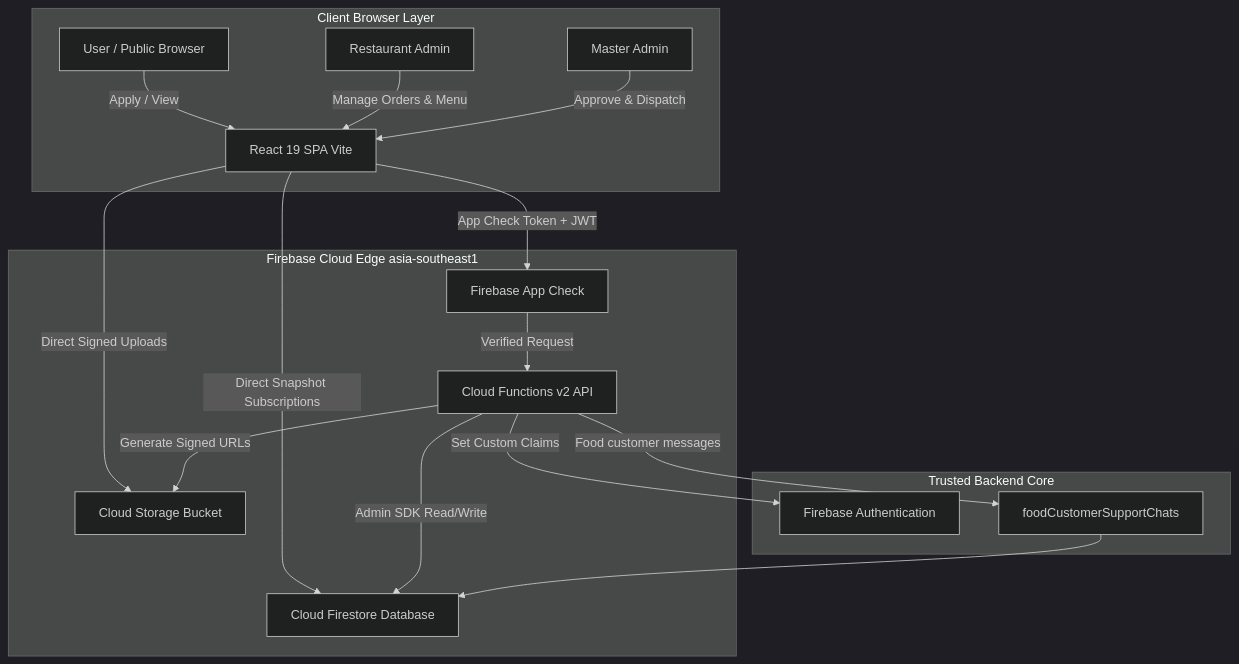
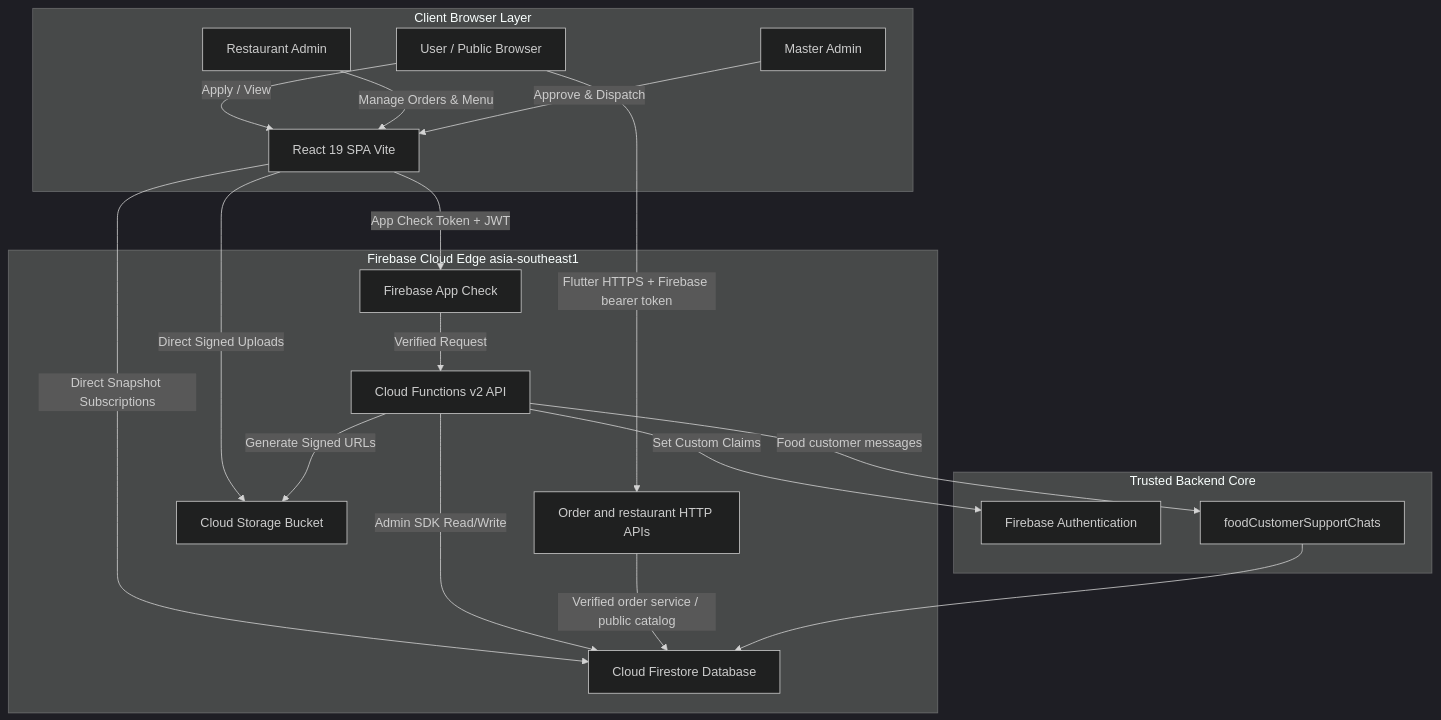
Before and after one commit to Thaiseva-Org/thaiseva-food-portal: the diagram in docs/ARCHITECTURE.md, drawn with Mermaid (dark theme). The commit also changed other lines of this file and 9 other files, not shown here.

Commit message:
feat: add Flutter order and restaurant HTTP APIs

````diff
--- a/docs/ARCHITECTURE.md
+++ b/docs/ARCHITECTURE.md
@@ -18,23 +18,25 @@
 ```mermaid
 graph TD
     subgraph Client Browser Layer
         UA[User / Public Browser] -->|Apply / View| FE[React 19 SPA Vite]
         RA[Restaurant Admin] -->|Manage Orders & Menu| FE
         MA[Master Admin] -->|Approve & Dispatch| FE
     end
 
     subgraph Firebase Cloud Edge asia-southeast1
         FE -->|App Check Token + JWT| AC[Firebase App Check]
         AC -->|Verified Request| CF[Cloud Functions v2 API]
+        UA -->|Flutter HTTPS + Firebase bearer token| HTTP[Order and restaurant HTTP APIs]
         FE -->|Direct Snapshot Subscriptions| FS[Cloud Firestore Database]
         FE -->|Direct Signed Uploads| ST[Cloud Storage Bucket]
     end
 
     subgraph Trusted Backend Core
         CF -->|Admin SDK Read/Write| FS
+        HTTP -->|Verified order service / public catalog| FS
         CF -->|Generate Signed URLs| ST
         CF -->|Set Custom Claims| FA[Firebase Authentication]
         CF -->|Food customer messages| FCHAT[foodCustomerSupportChats]
         FCHAT --> FS
     end
 ```
````
